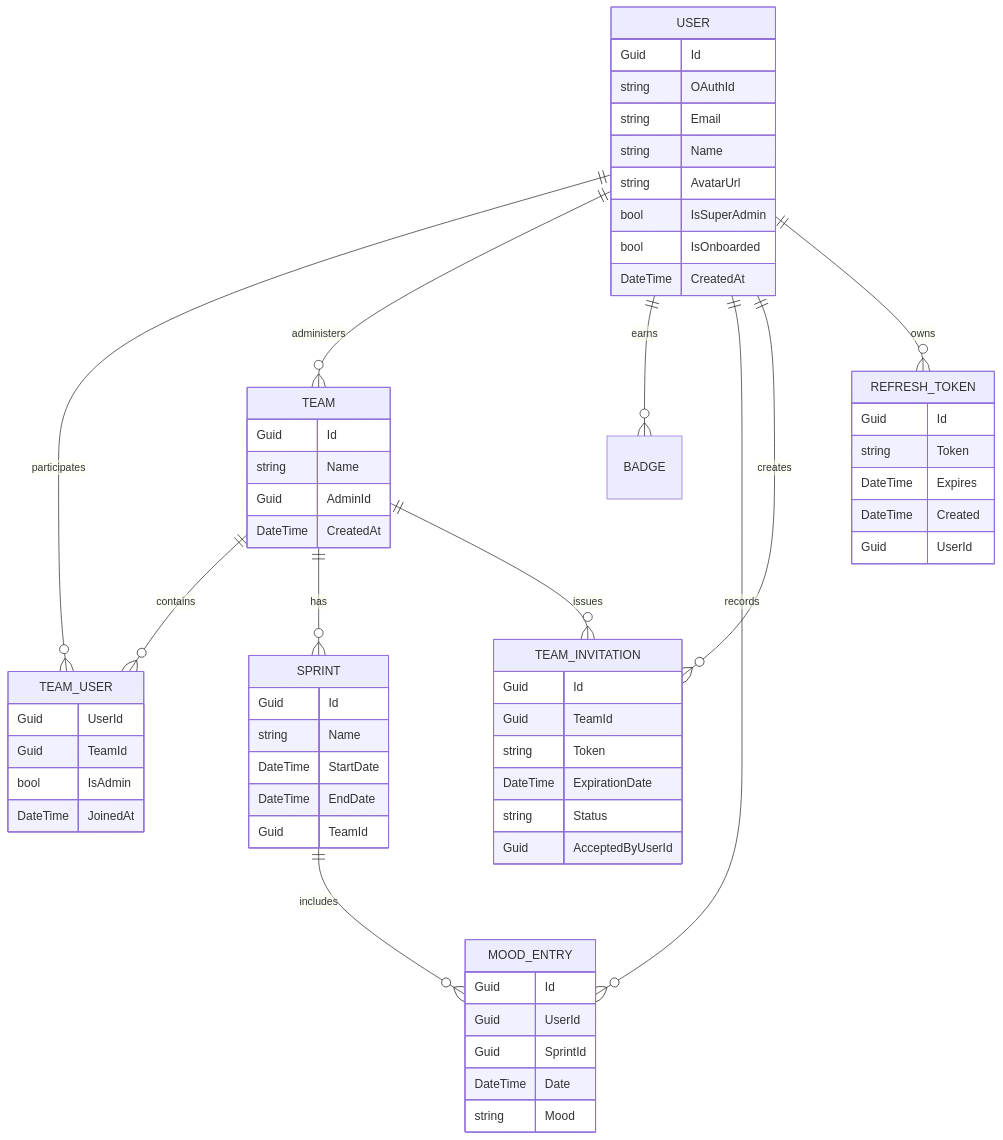
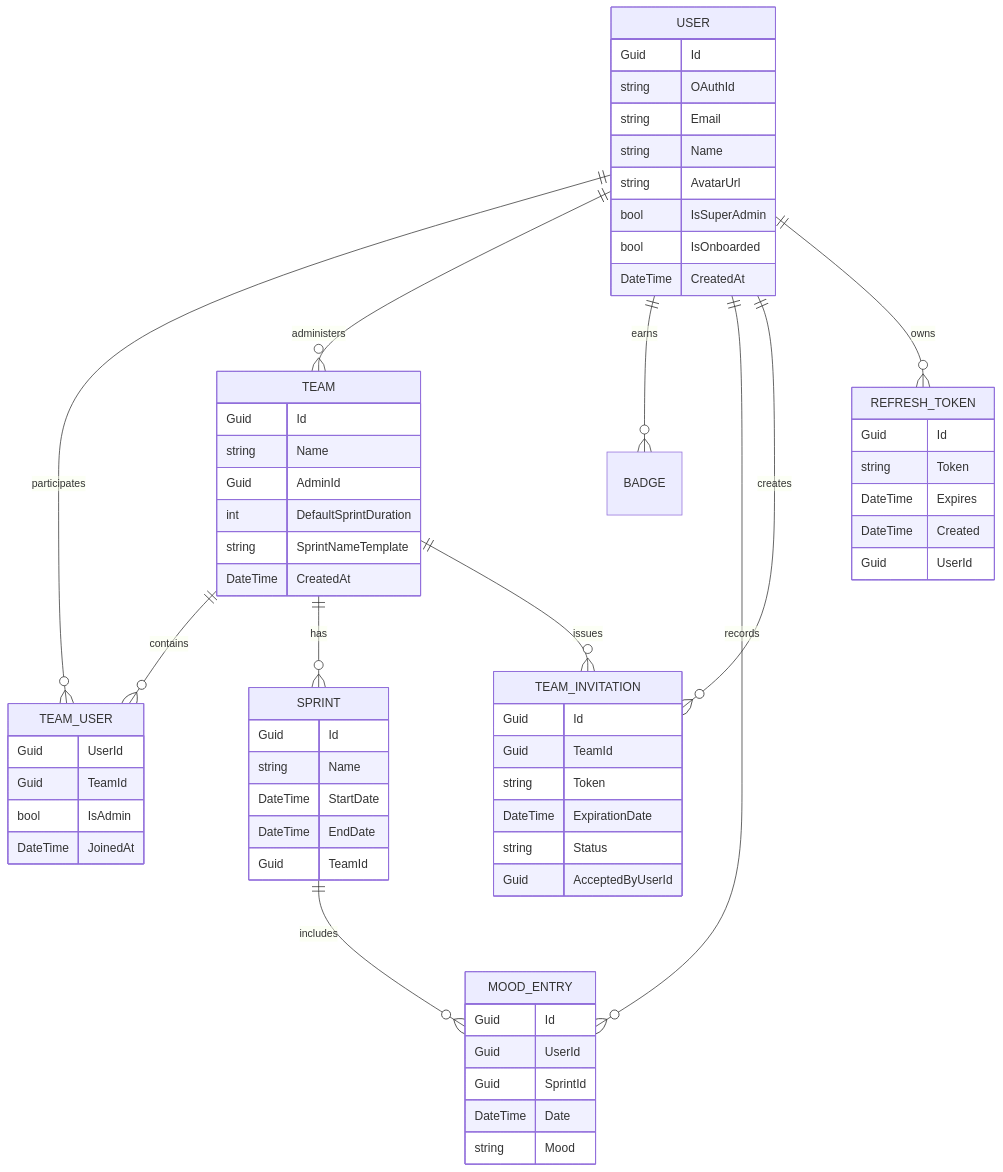
One commit to dpitois/niko-niko changed the second of 3 diagrams in Architecture.md. Above: the diagram before and after it, drawn with Mermaid. The commit also changed other lines of this file and 6 other files, not shown here.

````diff
--- a/Architecture.md
+++ b/Architecture.md
@@ -70,73 +70,75 @@
 ```mermaid
 erDiagram
     USER ||--o{ TEAM_USER : participates
     USER ||--o{ TEAM : administers
     USER ||--o{ BADGE : earns
     USER ||--o{ MOOD_ENTRY : records
     USER ||--o{ TEAM_INVITATION : creates
     USER ||--o{ REFRESH_TOKEN : owns
 
     TEAM ||--o{ TEAM_USER : contains
     TEAM ||--o{ SPRINT : has
     TEAM ||--o{ TEAM_INVITATION : issues
 
     SPRINT ||--o{ MOOD_ENTRY : includes
 
     USER {
         Guid Id
         string OAuthId
         string Email
         string Name
         string AvatarUrl
         bool IsSuperAdmin
         bool IsOnboarded
         DateTime CreatedAt
     }
 
     TEAM {
         Guid Id
         string Name
         Guid AdminId
+        int DefaultSprintDuration
+        string SprintNameTemplate
         DateTime CreatedAt
     }
 
     TEAM_USER {
         Guid UserId
         Guid TeamId
         bool IsAdmin
         DateTime JoinedAt
     }
 
     SPRINT {
         Guid Id
         string Name
         DateTime StartDate
         DateTime EndDate
         Guid TeamId
     }
 
     MOOD_ENTRY {
         Guid Id
         Guid UserId
         Guid SprintId
         DateTime Date
         string Mood
     }
 
     TEAM_INVITATION {
         Guid Id
         Guid TeamId
         string Token
         DateTime ExpirationDate
         string Status
         Guid AcceptedByUserId
     }
 
     REFRESH_TOKEN {
         Guid Id
         string Token
         DateTime Expires
         DateTime Created
         Guid UserId
     }
 ```
````
